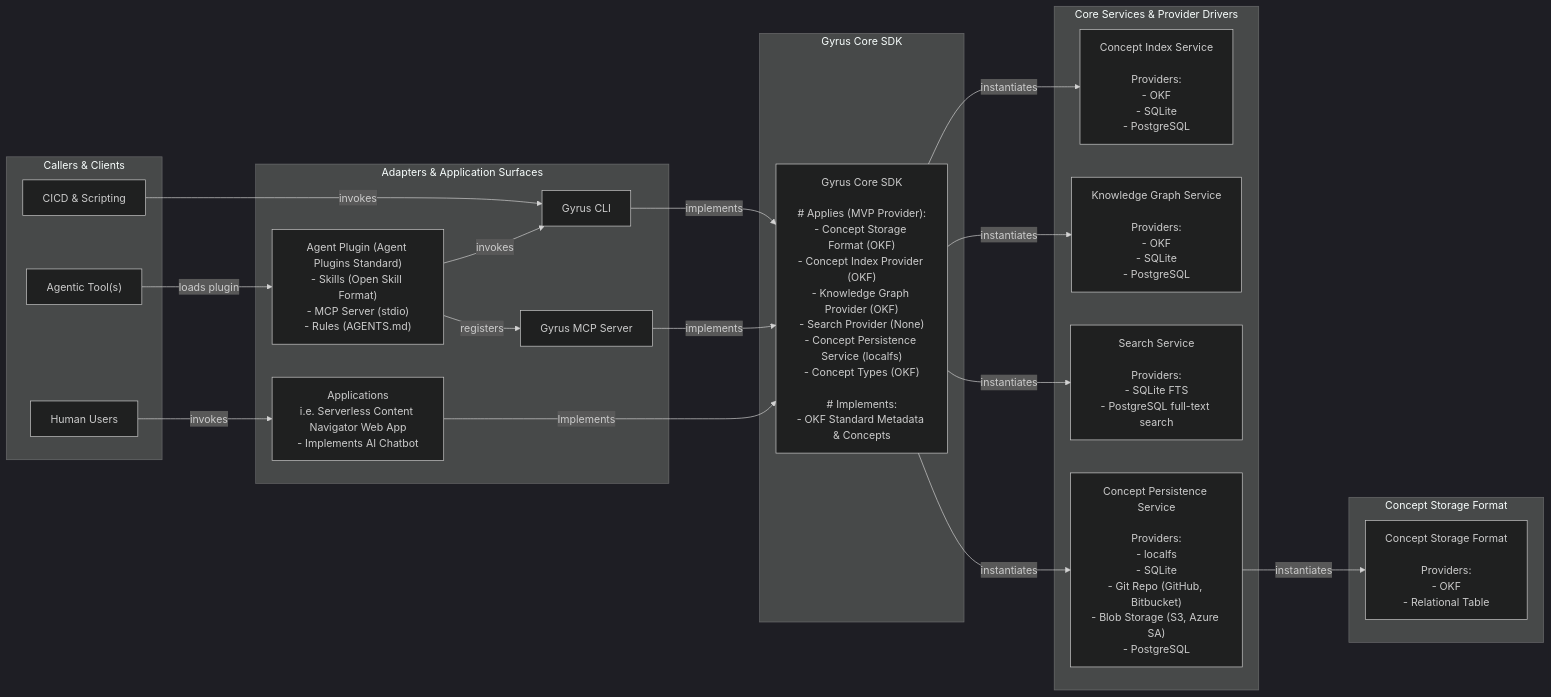
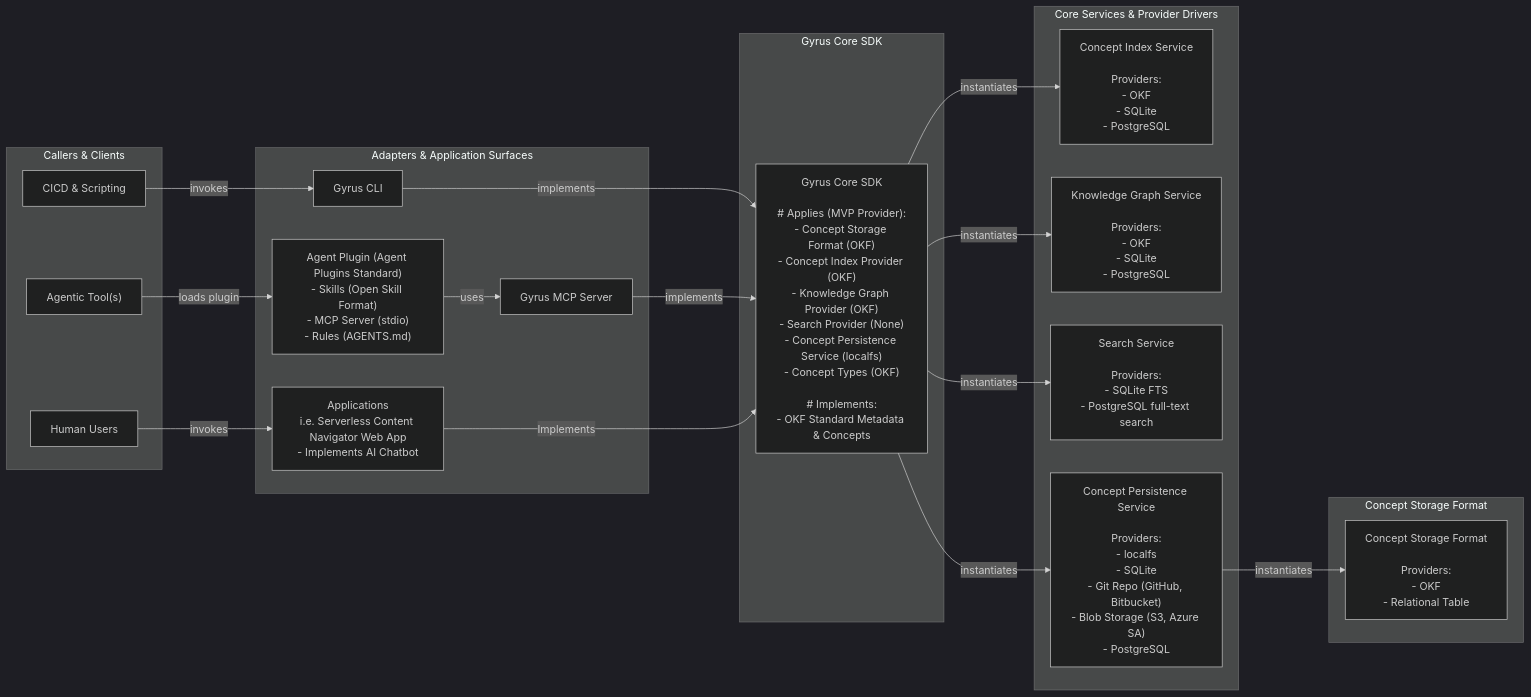
One commit to armckinney/gyrus changed the diagram in README.md. Above: the diagram before and after it, drawn with Mermaid (dark theme). The commit also changed other lines of this file and 42 other files, not shown here.

````diff
--- a/README.md
+++ b/README.md
@@ -70,49 +70,48 @@
 ```mermaid
 graph LR
     subgraph Clients ["Callers & Clients"]
         CICD["CICD & Scripting"]
         AgentTools["Agentic Tool(s)"]
         Humans["Human Users"]
     end
 
     subgraph Interface ["Adapters & Application Surfaces"]
         Plugin["Agent Plugin (Agent Plugins Standard)\n- Skills (Open Skill Format)\n- MCP Server (stdio)\n- Rules (AGENTS.md)"]
         CLI["Gyrus CLI"]
         MCP["Gyrus MCP Server"]
         Apps["Applications\ni.e. Serverless Content Navigator Web App\n- Implements AI Chatbot"]
     end
 
     subgraph Core ["Gyrus Core SDK"]
         CoreSDK["Gyrus Core SDK\n\n# Applies (MVP Provider):\n- Concept Storage Format (OKF)\n- Concept Index Provider (OKF)\n- Knowledge Graph Provider (OKF)\n- Search Provider (None)\n- Concept Persistence Service (localfs)\n- Concept Types (OKF)\n\n# Implements:\n- OKF Standard Metadata & Concepts"]
     end
 
     subgraph Services ["Core Services & Provider Drivers"]
         IndexSvc["Concept Index Service\n\nProviders:\n- OKF\n- SQLite\n- PostgreSQL"]
         GraphSvc["Knowledge Graph Service\n\nProviders:\n- OKF\n- SQLite\n- PostgreSQL"]
         SearchSvc["Search Service\n\nProviders:\n- SQLite FTS\n- PostgreSQL full-text search"]
         PersistSvc["Concept Persistence Service\n\nProviders:\n- localfs\n- SQLite\n- Git Repo (GitHub, Bitbucket)\n- Blob Storage (S3, Azure SA)\n- PostgreSQL"]
     end
 
     subgraph Storage ["Concept Storage Format"]
         StorageFmt["Concept Storage Format\n\nProviders:\n- OKF\n- Relational Table"]
     end
 
     %% Client and Adapter Relations
     CICD -->|invokes| CLI
     AgentTools -->|loads plugin| Plugin
-    Plugin -->|invokes| CLI
-    Plugin -->|registers| MCP
+    Plugin -->|uses| MCP
     CLI -->|implements| CoreSDK
     MCP -->|implements| CoreSDK
     Humans -->|invokes| Apps
     Apps -->|Implements| CoreSDK
 
     %% Core SDK Services Relations
     CoreSDK -->|instantiates| IndexSvc
     CoreSDK -->|instantiates| GraphSvc
     CoreSDK -->|instantiates| SearchSvc
     CoreSDK -->|instantiates| PersistSvc
 
     %% Persistence to Storage Format
     PersistSvc -->|instantiates| StorageFmt
 ```
````
